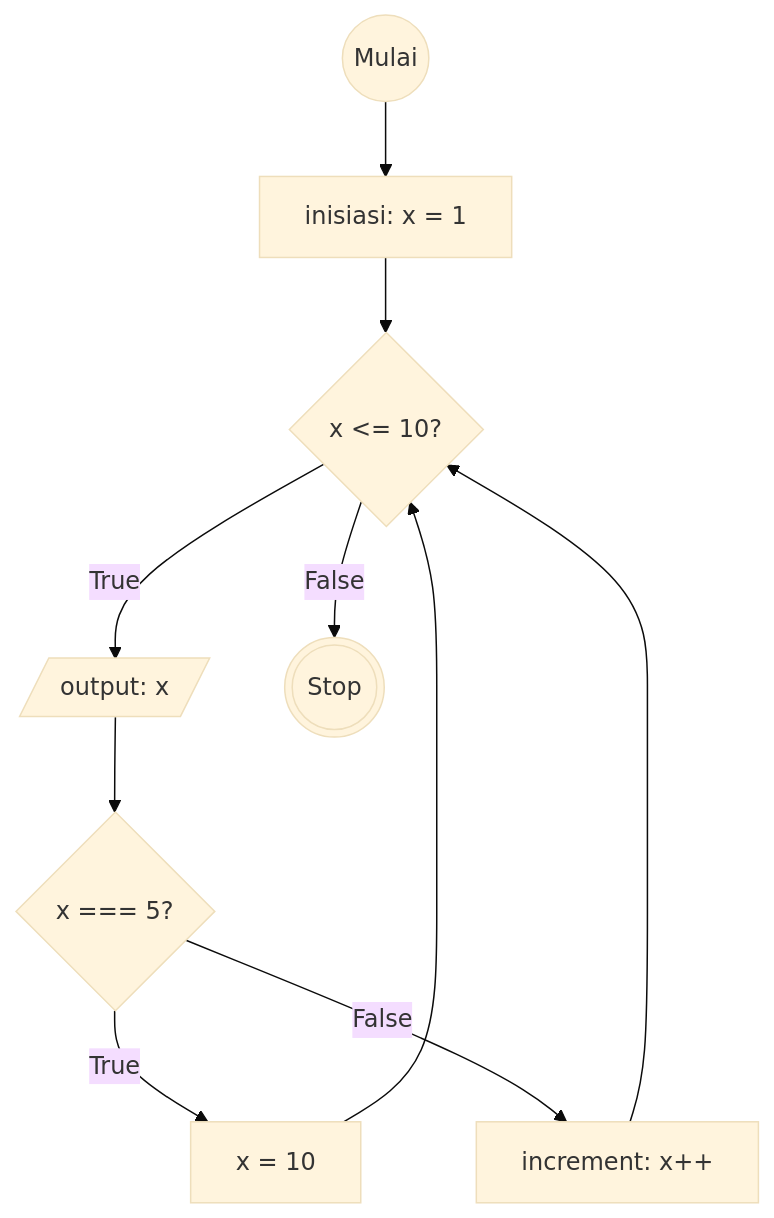
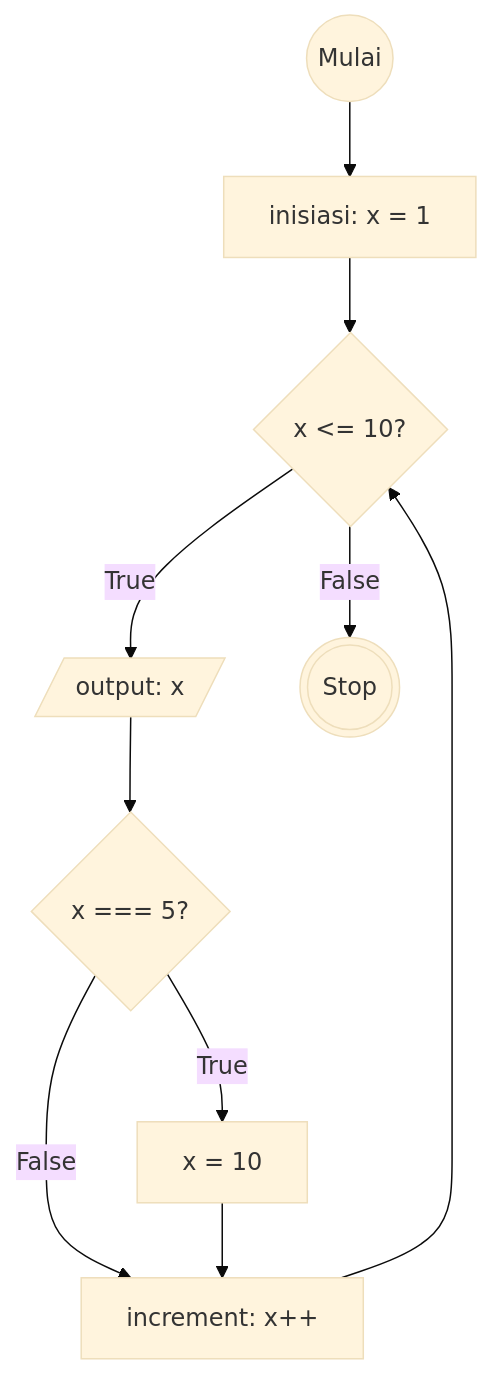
Before and after one commit to Arif14377/koda-b6-javascript1: the diagram in flowchart-loop.md, drawn with Mermaid (base theme).

````diff
--- a/flowchart-loop.md
+++ b/flowchart-loop.md
@@ -4,23 +4,23 @@
 ```mermaid
 flowchart TD
 
 start@{shape: circle, label: "Mulai"}
 init@{shape: rect, label: "inisiasi: x = 1"}
 logX@{shape: lean-r, label: "output: x"}
 isTrue@{shape: diamond, label: "x <= 10?"}
 isTrue2@{shape: diamond, label: "x === 5?"}
 true@{shape: rect, label: "x = 10"}
 incr@{shape: rect, label: "increment: x++"}
 stop@{shape: dbl-circ, label: "Stop"}
 
 
 start-->init
 init-->isTrue
 isTrue--True-->logX
 isTrue--False-->stop
 logX-->isTrue2
 isTrue2--True-->true
 isTrue2--False-->incr
-true-->isTrue
+true-->incr
 incr-->isTrue
 ```
````
